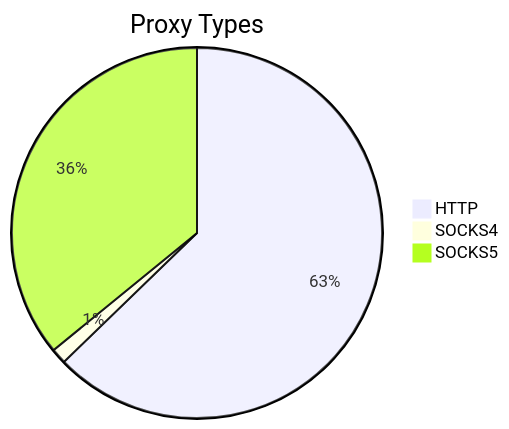
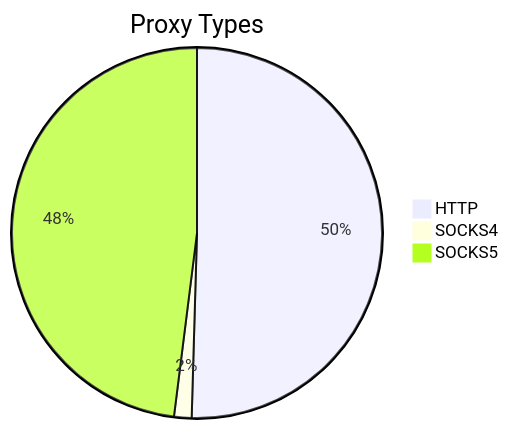
Before and after one commit to stormsia/proxy-list: the first of 2 diagrams in README.md, drawn with Mermaid. The commit also changed other lines of this file, not shown here.

````diff
--- a/README.md
+++ b/README.md
@@ -21,6 +21,6 @@
 ```mermaid
 pie title Proxy Types
-    "HTTP" : 465
-    "SOCKS4" : 10
-    "SOCKS5" : 266
+    "HTTP" : 660
+    "SOCKS4" : 20
+    "SOCKS5" : 628
 ```
````
